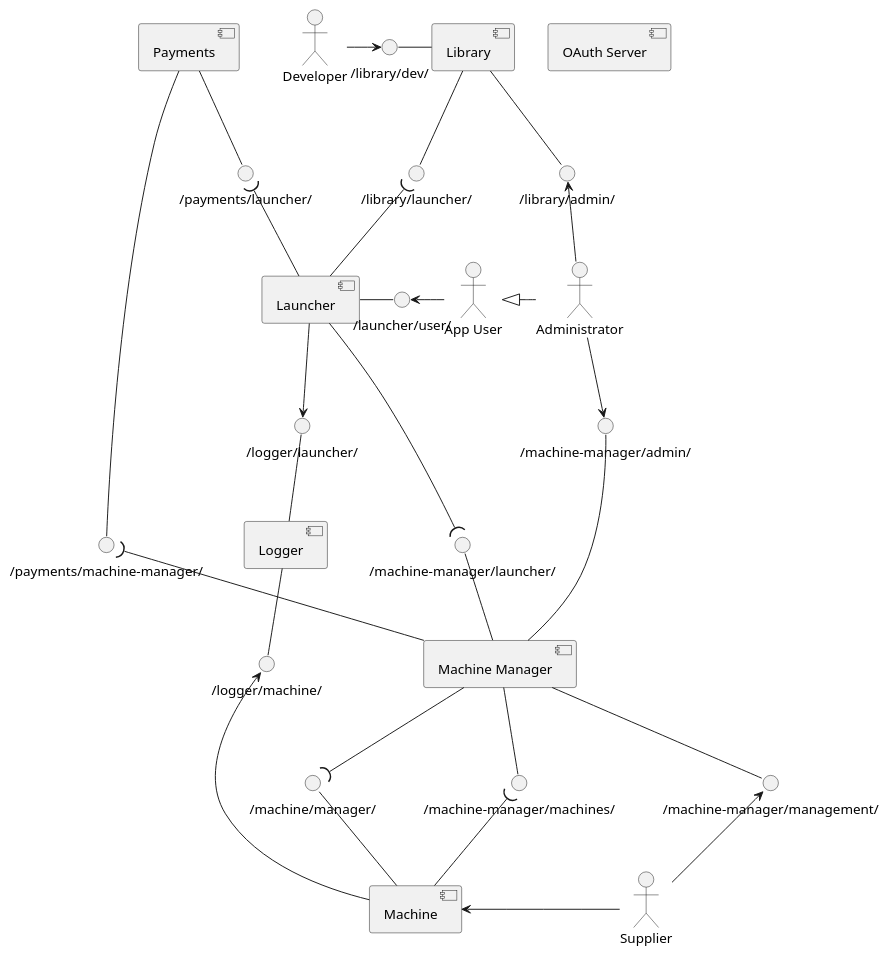
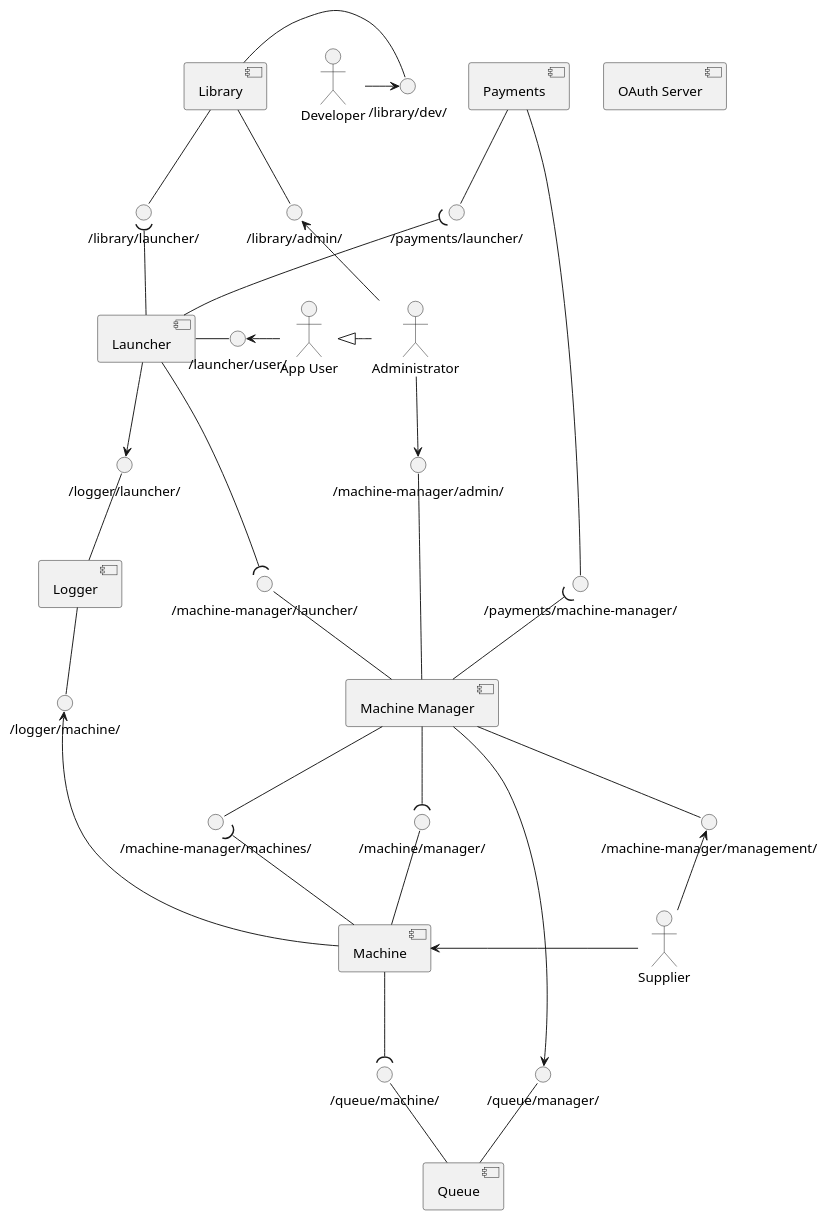
Before and after one commit to cetlinB/docs: the diagram in components/components.puml, drawn with PlantUML. The commit also changed 2 other files, not shown here.

Commit message:
Fix data model. Add Queue component

```diff
--- a/components/components.puml
+++ b/components/components.puml
@@ -1,76 +1,84 @@
 @startuml
 
 skinparam componentStyle uml2
 
 skinparam actor {
     BackgroundColor<<Machine>> Brown
 }
 
 actor "App User" as AU
 actor Developer as AD
 actor Supplier as AS
 actor Administrator as AA
 
 AA -le-|> AU
 
 component Launcher as CLa
 component Library as CLi
 component Logger as CLo
 component "Machine Manager" as CM
 component Payments as CP
 component Machine as CMa
 component "OAuth Server" as CA
+component Queue as CQ
 
 interface "/logger/launcher/" as ICLoCLa
 interface "/logger/machine/" as ICLoCMa
 interface "/machine-manager/machines/" as ICMCMa
 interface "/library/admin/" as ICLiAA
 interface "/machine-manager/admin/" as ICMAA
 interface "/machine-manager/launcher/" as ICMCLa
 interface "/library/launcher/" as ICLiCLa
 interface "/payments/launcher/" as ICPCLa
 interface "/payments/machine-manager/" as ICPCM
 interface "/library/dev/" as ICLiAD
 interface "/machine-manager/management/" as ICMAS
 interface "/launcher/user/" as ICLaAU
 interface "/machine/manager/" as ICMaCM
+interface "/queue/manager/" as ICQCM
+interface "/queue/machine/" as ICQCMa
 
 AD -ri-> ICLiAD
 ICLiAD -ri- CLi
 
 AS -up-> ICMAS
 ICMAS -up- CM
 
 AU -le-> ICLaAU
 ICLaAU -le- CLa
 
 CLi -do- ICLiCLa
 ICLiCLa )-do- CLa
 
 CLa -do-( ICMCLa
 ICMCLa -do- CM
 
 CM -do- ICMCMa
 ICMCMa )-do- CMa
 CM -do-( ICMaCM
 ICMaCM -do- CMa
 
 CMa <-ri- AS
 
 CLi -do- ICLiAA
 AA -up-> ICLiAA
 CM --up- ICMAA
 AA -do-> ICMAA
 
 CP -do- ICPCLa
 ICPCLa )-do- CLa
 
 CP -do- ICPCM
 CM -up-( ICPCM
 
 CLa -do-> ICLoCLa
 ICLoCLa -do- CLo
 CLo -do- ICLoCMa
 ICLoCMa <-do- CMa
 
+CQ -up- ICQCM
+CQ -up- ICQCMa
+CM -do-> ICQCM
+CMa -do-( ICQCMa
+
 @enduml
```
